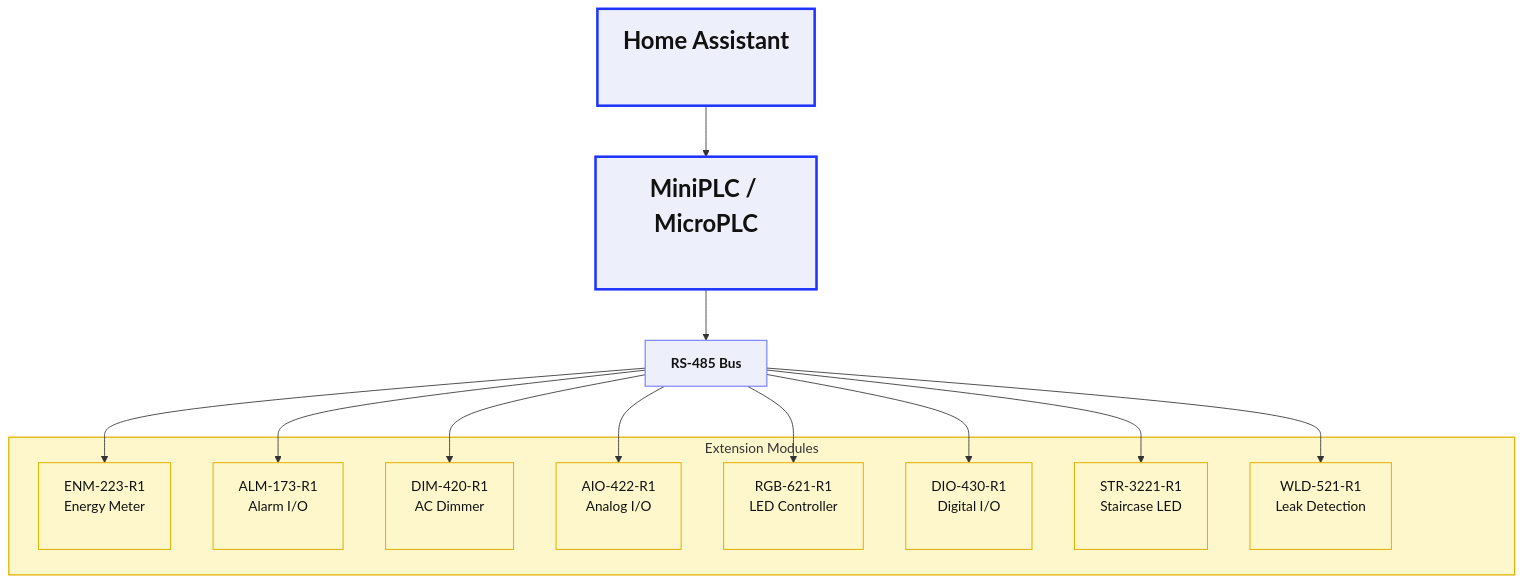
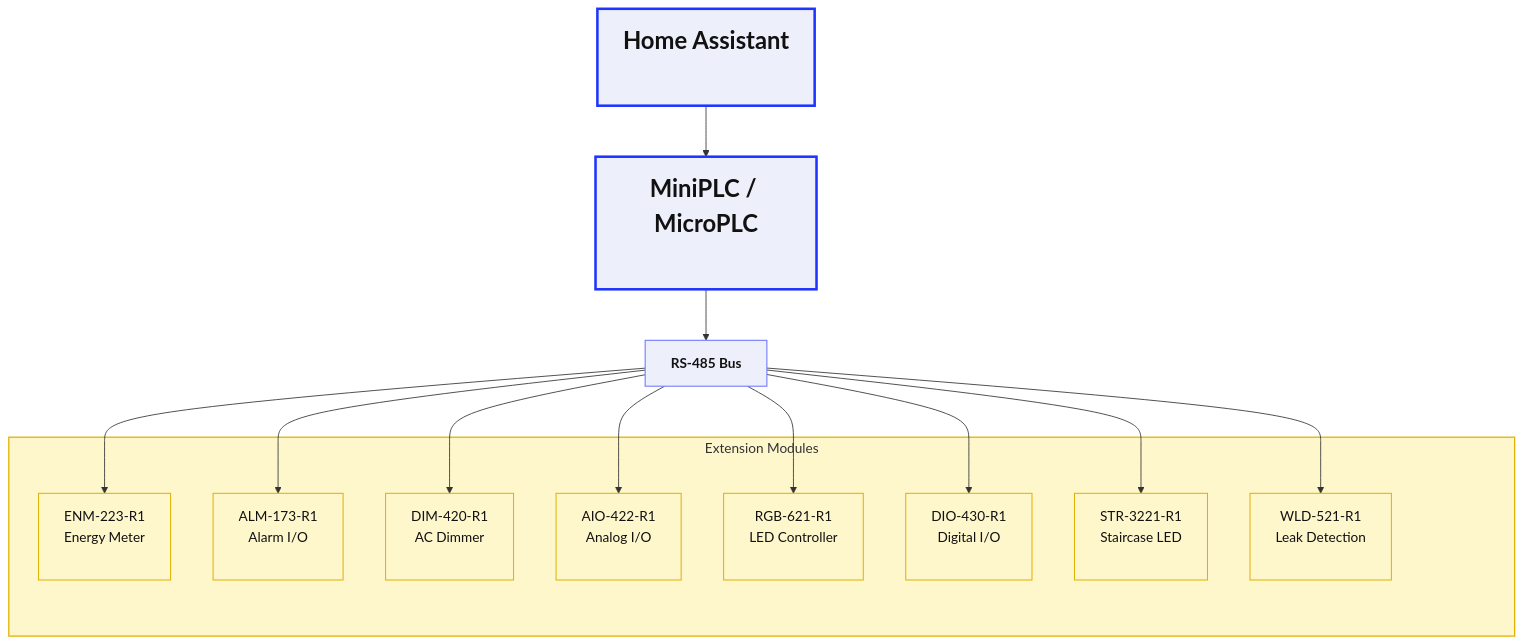
Before and after one commit to isystemsautomation/HOMEMASTER: the diagram in README.md, drawn with Mermaid.

````diff
--- a/README.md
+++ b/README.md
@@ -27,37 +27,37 @@
 ```mermaid
 %%{init: {"flowchart":{"htmlLabels":true,"nodeSpacing":50,"rankSpacing":60}}}%%
 flowchart TD
   %% Classes
   classDef hub fill:#EDEFFB,stroke:#6B72FF,stroke-width:1.2px,color:#111,font-weight:bold;
   classDef big fill:#EDEFFB,stroke:#1F35FF,stroke-width:3px,color:#111,font-weight:bold,font-size:28px;
   classDef mod fill:#FFF7CC,stroke:#E0B100,stroke-width:1.2px,color:#111;
   classDef ghost fill:transparent,stroke:transparent,color:transparent;
 
   %% Double-sized HA and PLC (bigger font + extra line breaks)
   HA["Home Assistant<br/><br/>"]:::big --> PLC["MiniPLC / MicroPLC<br/><br/>"]:::big
   PLC --> RS485[RS-485 Bus]:::hub
 
   %% Subgraph with taller nodes; extra <br/> increases node height
   subgraph Mods["Extension Modules"]
     ENM["ENM-223-R1<br/>Energy Meter<br/><br/>"]:::mod
     ALM["ALM-173-R1<br/>Alarm I/O<br/><br/>"]:::mod
     DIM["DIM-420-R1<br/>AC Dimmer<br/><br/>"]:::mod
     AIO["AIO-422-R1<br/>Analog I/O<br/><br/>"]:::mod
     RGB["RGB-621-R1<br/>LED Controller<br/><br/>"]:::mod
     DIO["DIO-430-R1<br/>Digital I/O<br/><br/>"]:::mod
     STR["STR-3221-R1<br/>Staircase LED<br/><br/>"]:::mod
     WLD["WLD-521-R1<br/>Leak Detection<br/><br/>"]:::mod
-    SP1["<br/><br/><br/>"]:::ghost
+    SP1["<br/><br/><br/><br/><br/><br/>"]:::ghost
   end
   style Mods fill:#FFF7CC,stroke:#E0B100,stroke-width:1.5px
 
   %% Edges
   RS485 --> ENM
   RS485 --> ALM
   RS485 --> DIM
   RS485 --> AIO
   RS485 --> RGB
   RS485 --> DIO
   RS485 --> STR
   RS485 --> WLD
 ```
````
